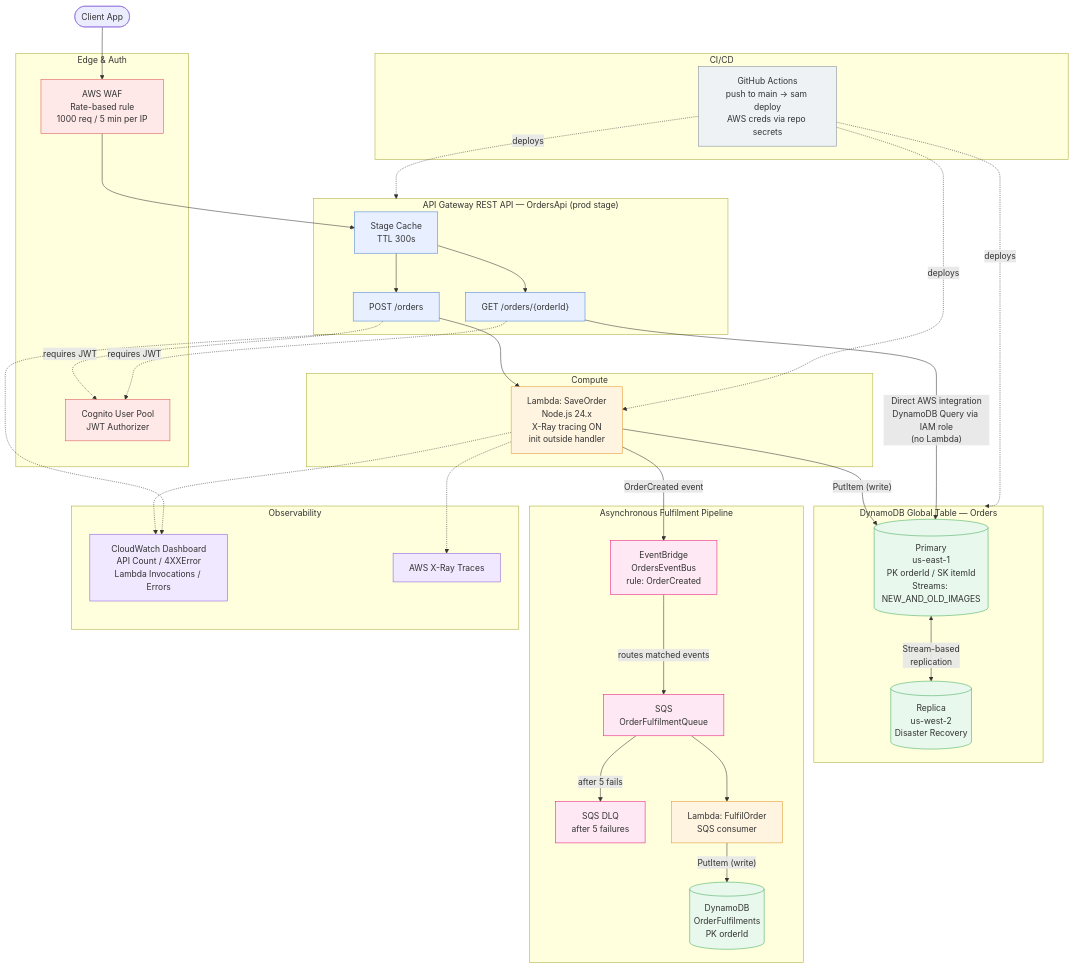
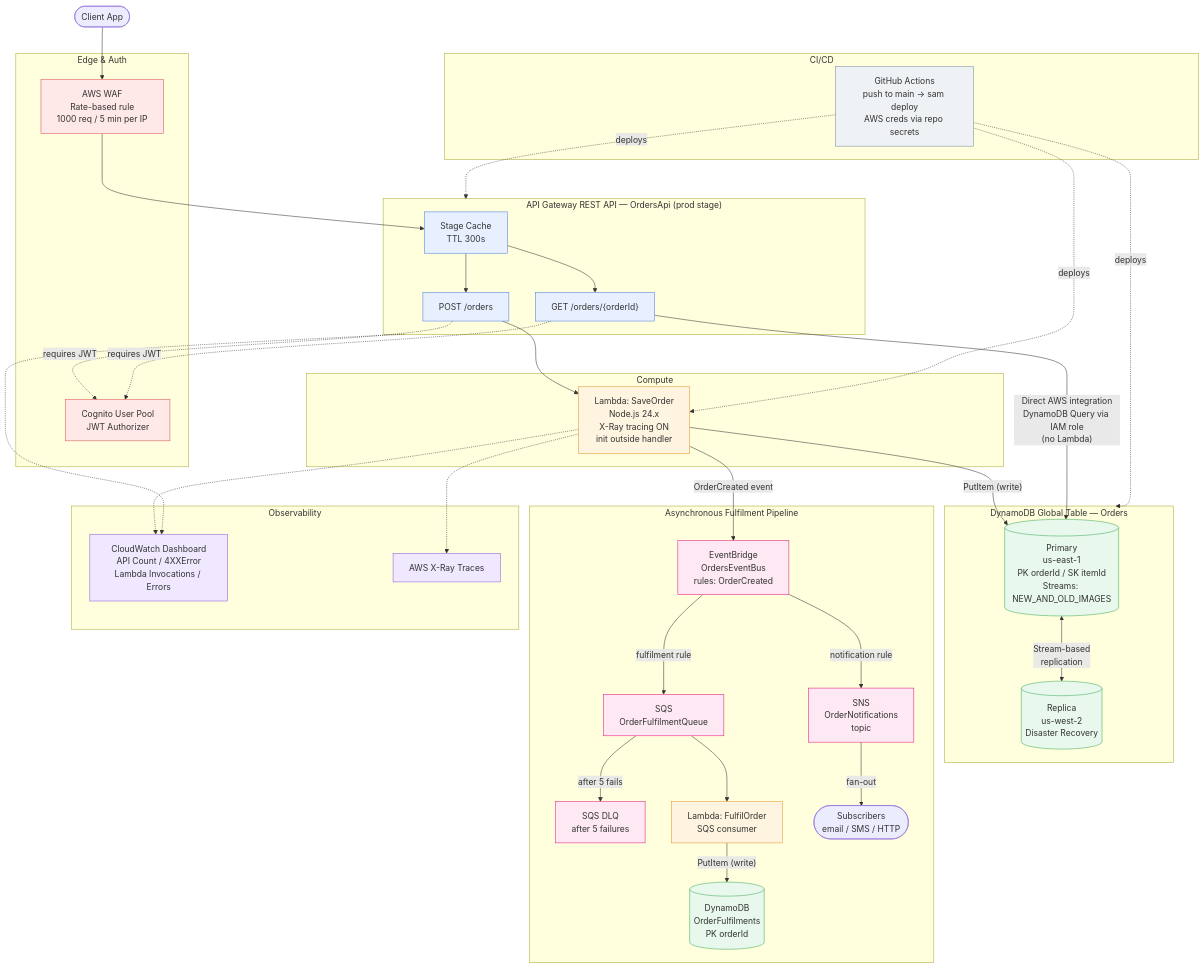
One commit to Govinder-1992/serverless-application changed the diagram in docs/architecture.mmd. Above: the diagram before and after it, drawn with Mermaid. The commit also changed 5 other files, not shown here.

Commit message:
Add SNS notifications to diagrams and docs

```diff
--- a/docs/architecture.mmd
+++ b/docs/architecture.mmd
@@ -1,81 +1,85 @@
 flowchart TB
     Client([Client App])
 
     subgraph Security["Edge & Auth"]
         WAF["AWS WAF<br/>Rate-based rule<br/>1000 req / 5 min per IP"]
         Cognito["Cognito User Pool<br/>JWT Authorizer"]
     end
 
     subgraph APIGW["API Gateway REST API — OrdersApi (prod stage)"]
         Cache["Stage Cache<br/>TTL 300s"]
         POST["POST /orders"]
         GET["GET /orders/{orderId}"]
     end
 
     subgraph Compute["Compute"]
         Lambda["Lambda: SaveOrder<br/>Node.js 24.x<br/>X-Ray tracing ON<br/>init outside handler"]
     end
 
     subgraph DataLayer["DynamoDB Global Table — Orders"]
         DDBPrimary[("Primary<br/>us-east-1<br/>PK orderId / SK itemId<br/>Streams: NEW_AND_OLD_IMAGES")]
         DDBReplica[("Replica<br/>us-west-2<br/>Disaster Recovery")]
     end
 
     subgraph Async["Asynchronous Fulfilment Pipeline"]
-        EventBus["EventBridge<br/>OrdersEventBus<br/>rule: OrderCreated"]
+        EventBus["EventBridge<br/>OrdersEventBus<br/>rules: OrderCreated"]
         Queue["SQS<br/>OrderFulfilmentQueue"]
         DLQ["SQS DLQ<br/>after 5 failures"]
         Fulfil["Lambda: FulfilOrder<br/>SQS consumer"]
         FulfilTable[("DynamoDB<br/>OrderFulfilments<br/>PK orderId")]
+        SNS["SNS<br/>OrderNotifications<br/>topic"]
+        Subscribers(["Subscribers<br/>email / SMS / HTTP"])
     end
 
     subgraph Observability["Observability"]
         Dashboard["CloudWatch Dashboard<br/>API Count / 4XXError<br/>Lambda Invocations / Errors"]
         XRay["AWS X-Ray Traces"]
     end
 
     subgraph CICD["CI/CD"]
         GH["GitHub Actions<br/>push to main → sam deploy<br/>AWS creds via repo secrets"]
     end
 
     Client --> WAF --> Cache
     Cache --> POST
     Cache --> GET
     POST -. requires JWT .-> Cognito
     GET -. requires JWT .-> Cognito
 
     POST --> Lambda
     Lambda -->|"PutItem (write)"| DDBPrimary
     GET -->|"Direct AWS integration<br/>DynamoDB Query via IAM role<br/>(no Lambda)"| DDBPrimary
 
     DDBPrimary <-->|"Stream-based<br/>replication"| DDBReplica
 
     Lambda -->|"OrderCreated event"| EventBus
-    EventBus -->|"routes matched events"| Queue
+    EventBus -->|"fulfilment rule"| Queue
     Queue -->|"after 5 fails"| DLQ
     Queue --> Fulfil
     Fulfil -->|"PutItem (write)"| FulfilTable
+    EventBus -->|"notification rule"| SNS
+    SNS -->|"fan-out"| Subscribers
 
     Lambda -.-> XRay
     Lambda -.-> Dashboard
     APIGW -.-> Dashboard
 
     GH -. deploys .-> APIGW
     GH -. deploys .-> Lambda
     GH -. deploys .-> DataLayer
 
     classDef sec fill:#ffe8e8,stroke:#d9534f,color:#333
     classDef api fill:#e8f0ff,stroke:#4a7fd9,color:#333
     classDef comp fill:#fff4e0,stroke:#e0952b,color:#333
     classDef data fill:#e8f8ec,stroke:#3faa5a,color:#333
     classDef obs fill:#f0e8ff,stroke:#8a5ad9,color:#333
     classDef ci fill:#eef2f5,stroke:#7a8a99,color:#333
     classDef evt fill:#fde8f3,stroke:#e7157b,color:#333
 
     class WAF,Cognito sec
     class Cache,POST,GET api
     class Lambda,Fulfil comp
     class DDBPrimary,DDBReplica,FulfilTable data
     class Dashboard,XRay obs
     class GH ci
-    class EventBus,Queue,DLQ evt
+    class EventBus,Queue,DLQ,SNS evt
```
